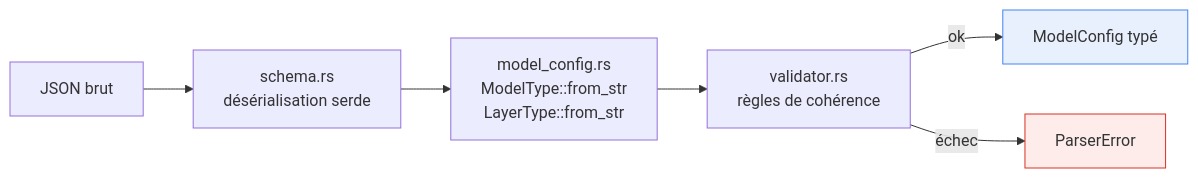
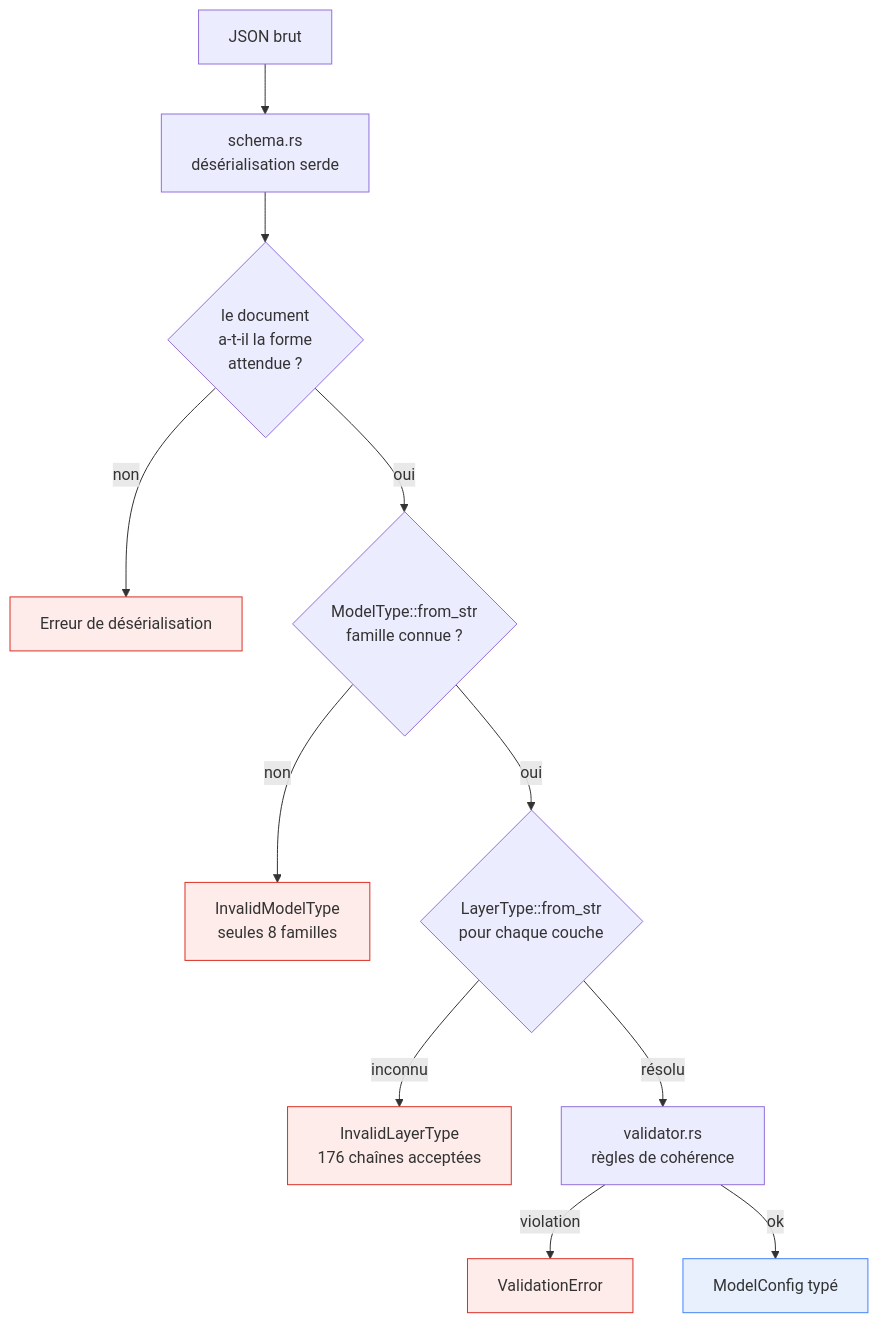
One commit to rustnew/NEURAX changed the sixth of 36 diagrams in docs.md. Above: the diagram before and after it, drawn with Mermaid. The commit also changed other lines of this file, not shown here.

````diff
--- a/docs.md
+++ b/docs.md
@@ -240,11 +367,19 @@
 ```mermaid
-flowchart LR
+flowchart TB
     j["JSON brut"] --> s["schema.rs<br/>désérialisation serde"]
-    s --> m["model_config.rs<br/>ModelType::from_str<br/>LayerType::from_str"]
-    m --> v["validator.rs<br/>règles de cohérence"]
+    s --> q1{"le document<br/>a-t-il la forme<br/>attendue ?"}
+    q1 -->|non| e1["Erreur de désérialisation"]
+    q1 -->|oui| q2{"ModelType::from_str<br/>famille connue ?"}
+    q2 -->|non| e2["InvalidModelType<br/>seules 8 familles"]
+    q2 -->|oui| q3{"LayerType::from_str<br/>pour chaque couche"}
+    q3 -->|inconnu| e3["InvalidLayerType<br/>176 chaînes acceptées"]
+    q3 -->|résolu| v["validator.rs<br/>règles de cohérence"]
+    v -->|violation| e4["ValidationError"]
     v -->|ok| c["ModelConfig typé"]
-    v -->|échec| e["ParserError"]
 
     style c fill:#e8f0fe,stroke:#4285f4
-    style e fill:#fdecea,stroke:#d93025
+    style e1 fill:#fdecea,stroke:#d93025
+    style e2 fill:#fdecea,stroke:#d93025
+    style e3 fill:#fdecea,stroke:#d93025
+    style e4 fill:#fdecea,stroke:#d93025
 ```
````
